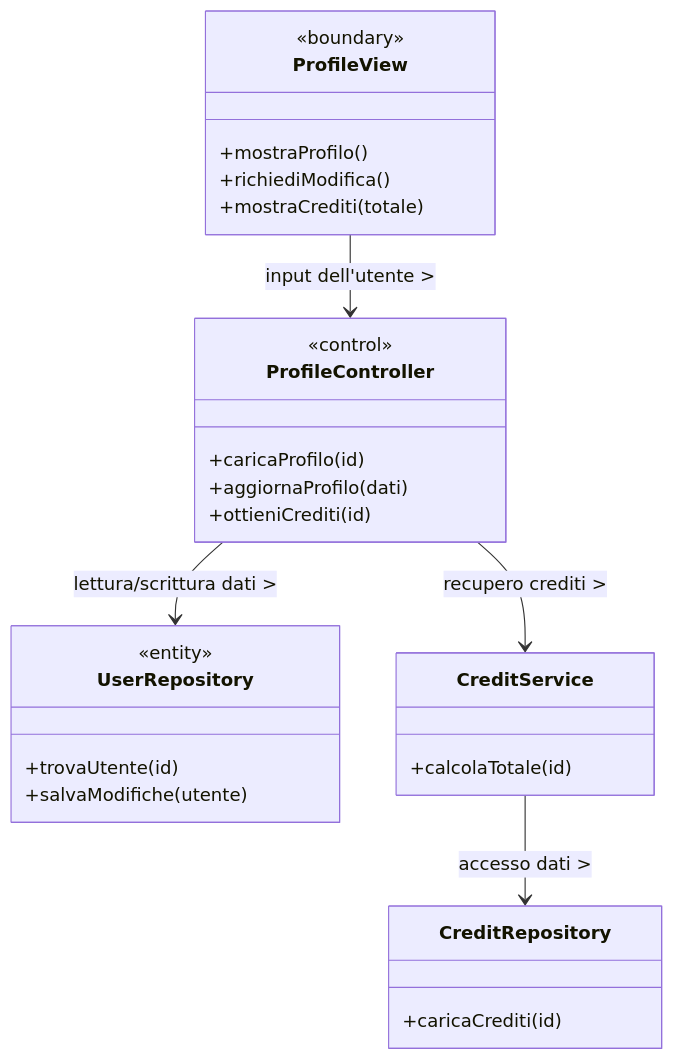
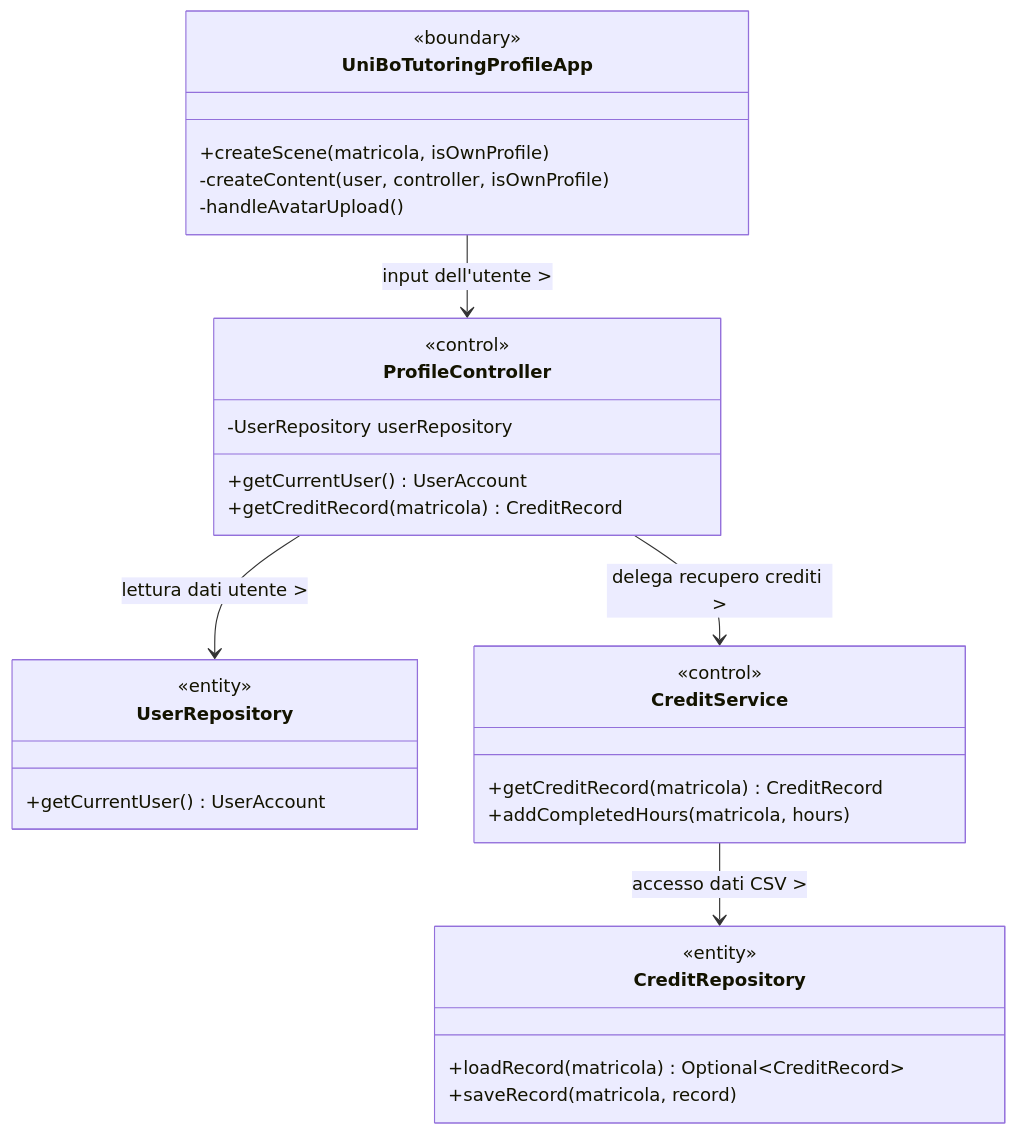
One commit to Sil2564/unibo_tutoring changed the fourth of 8 diagrams in README.md. Above: the diagram before and after it, drawn with Mermaid. The commit also changed other lines of this file, not shown here.

Commit message:
Arricchiti diagrammi UML e scelte architetturali

````diff
--- a/README.md
+++ b/README.md
@@ -282,39 +282,44 @@
 ```mermaid
 classDiagram
     %% ============================================================
     %% DESIGN DETTAGLIATO - PROFILO UTENTE(NIKI)
     %% Pattern: ECB (Entity-Control-Boundary)
     %% ============================================================
 
-    class ProfileView {
-        +mostraProfilo()
-        +richiediModifica()
-        +mostraCrediti(totale)
+    class UniBoTutoringProfileApp {
+        +createScene(matricola, isOwnProfile)
+        -createContent(user, controller, isOwnProfile)
+        -handleAvatarUpload()
     }
-    <<boundary>> ProfileView
+    <<boundary>> UniBoTutoringProfileApp
 
     class ProfileController {
-        +caricaProfilo(id)
-        +aggiornaProfilo(dati)
-        +ottieniCrediti(id)
+        -UserRepository userRepository
+        +getCurrentUser() UserAccount
+        +getCreditRecord(matricola) CreditRecord
     }
     <<control>> ProfileController
 
     class UserRepository {
-        +trovaUtente(id)
-        +salvaModifiche(utente)
+        +getCurrentUser() UserAccount
     }
     <<entity>> UserRepository
 
     class CreditService {
-        +calcolaTotale(id)
+        +getCreditRecord(matricola) CreditRecord
+        +addCompletedHours(matricola, hours)
     }
- class CreditRepository {
-        +caricaCrediti(id)
+    <<control>> CreditService
+
+    class CreditRepository {
+        +loadRecord(matricola) Optional~CreditRecord~
+        +saveRecord(matricola, record)
     }
+    <<entity>> CreditRepository
+
     %% RELAZIONI
-    ProfileView --> ProfileController : input dell'utente >
-    ProfileController --> UserRepository : lettura/scrittura dati >
-    ProfileController --> CreditService : recupero crediti >
-    CreditService --> CreditRepository : accesso dati >
+    UniBoTutoringProfileApp --> ProfileController : input dell'utente >
+    ProfileController --> UserRepository : lettura dati utente >
+    ProfileController --> CreditService : delega recupero crediti >
+    CreditService --> CreditRepository : accesso dati CSV >
 ```
````
